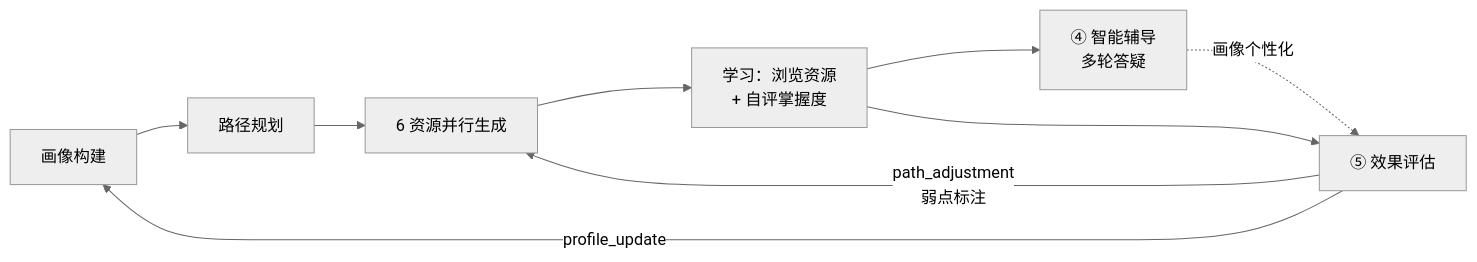
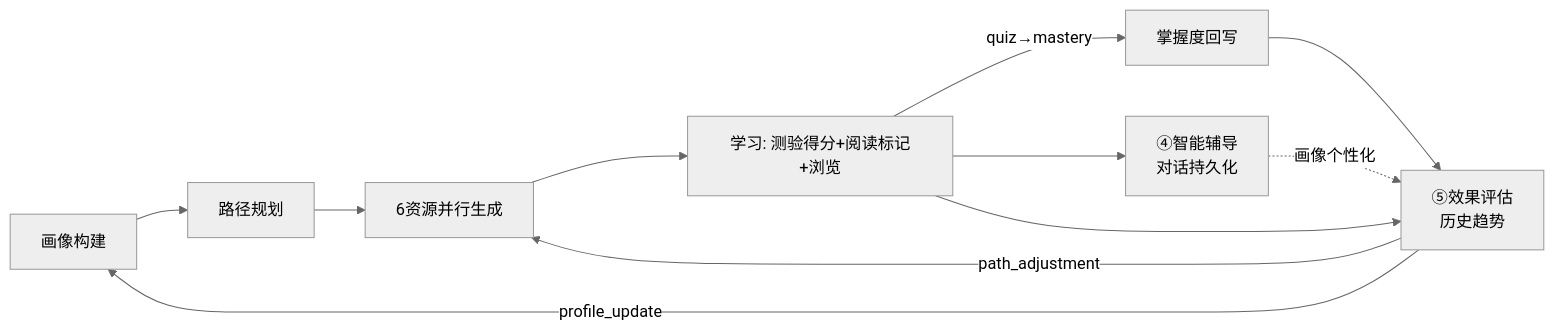
Before and after one commit to nuaaweixinye/A3-test: the second of 2 diagrams in docs/架构与流程图.md, drawn with Mermaid (neutral theme). The commit also changed other lines of this file and 6 other files, not shown here.

````diff
--- a/docs/架构与流程图.md
+++ b/docs/架构与流程图.md
@@ -65,11 +72,13 @@
 ```mermaid
 flowchart LR
     A[画像构建] --> B[路径规划]
-    B --> C[6 资源并行生成]
-    C --> D[学习：浏览资源<br/>+ 自评掌握度]
-    D --> T[④ 智能辅导<br/>多轮答疑]
-    D --> EV[⑤ 效果评估]
+    B --> C[6资源并行生成]
+    C --> D[学习: 测验得分+阅读标记+浏览]
+    D -->|quiz→mastery| D2[掌握度回写]
+    D --> T[④智能辅导<br/>对话持久化]
+    D --> EV[⑤效果评估<br/>历史趋势]
+    D2 --> EV
     EV -->|profile_update| A
-    EV -->|path_adjustment<br/>弱点标注| C
+    EV -->|path_adjustment| C
     T -.画像个性化.-> EV
 ```
````
